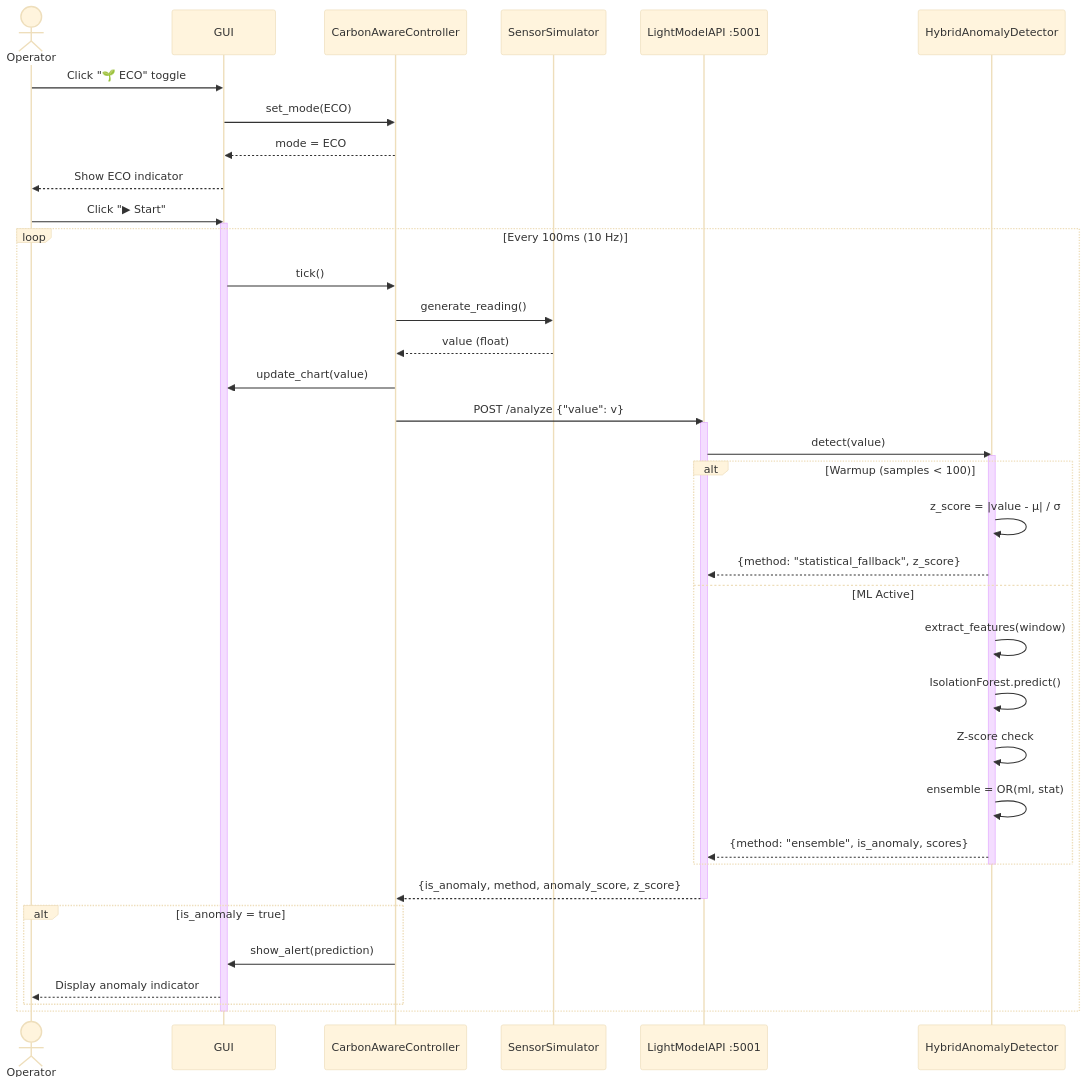
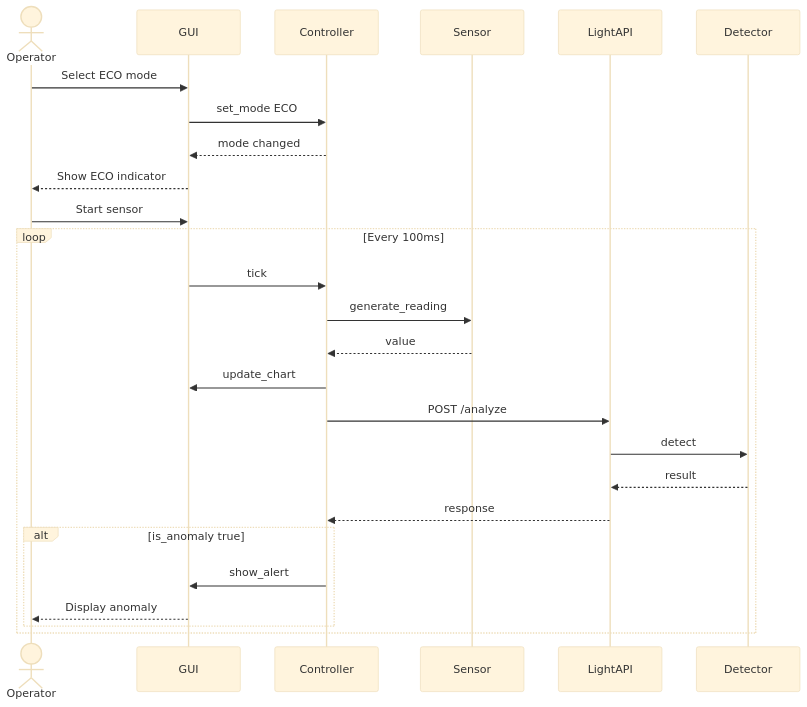
One commit to Taki224/AI-Architecture-and-Cloud-Computing-Final-Project changed the second of 5 diagrams in plans/sequence.md. Above: the diagram before and after it, drawn with Mermaid (base theme). The commit also changed other lines of this file and 3 other files, not shown here.

Commit message:
refactor: Update sequence diagrams for clarity and consistency

````diff
--- a/plans/sequence.md
+++ b/plans/sequence.md
@@ -39,50 +33,33 @@
 ```mermaid
 sequenceDiagram
     actor Operator
-    participant GUI as GUI
-    participant Controller as CarbonAwareController
-    participant Sensor as SensorSimulator
-    participant LightAPI as LightModelAPI :5001
-    participant Detector as HybridAnomalyDetector
+    participant GUI
+    participant Controller
+    participant Sensor
+    participant LightAPI
+    participant Detector
 
-    Operator->>GUI: Click "🌱 ECO" toggle
-    GUI->>Controller: set_mode(ECO)
-    Controller-->>GUI: mode = ECO
+    Operator->>GUI: Select ECO mode
+    GUI->>Controller: set_mode ECO
+    Controller-->>GUI: mode changed
     GUI-->>Operator: Show ECO indicator
 
-    Operator->>GUI: Click "▶ Start"
-    activate GUI
+    Operator->>GUI: Start sensor
     
-    loop Every 100ms (10 Hz)
-        GUI->>Controller: tick()
-        Controller->>Sensor: generate_reading()
-        Sensor-->>Controller: value (float)
-        Controller->>GUI: update_chart(value)
+    loop Every 100ms
+        GUI->>Controller: tick
+        Controller->>Sensor: generate_reading
+        Sensor-->>Controller: value
+        Controller->>GUI: update_chart
         
-        Controller->>LightAPI: POST /analyze {"value": v}
-        activate LightAPI
-        LightAPI->>Detector: detect(value)
-        activate Detector
+        Controller->>LightAPI: POST /analyze
+        LightAPI->>Detector: detect
+        Detector-->>LightAPI: result
+        LightAPI-->>Controller: response
         
-        alt Warmup (samples < 100)
-            Detector->>Detector: z_score = |value - μ| / σ
-            Detector-->>LightAPI: {method: "statistical_fallback", z_score}
-        else ML Active
-            Detector->>Detector: extract_features(window)
-            Detector->>Detector: IsolationForest.predict()
-            Detector->>Detector: Z-score check
-            Detector->>Detector: ensemble = OR(ml, stat)
-            Detector-->>LightAPI: {method: "ensemble", is_anomaly, scores}
-        end
-        deactivate Detector
-        
-        LightAPI-->>Controller: {is_anomaly, method, anomaly_score, z_score}
-        deactivate LightAPI
-        
-        alt is_anomaly = true
-            Controller->>GUI: show_alert(prediction)
-            GUI-->>Operator: Display anomaly indicator
+        alt is_anomaly true
+            Controller->>GUI: show_alert
+            GUI-->>Operator: Display anomaly
         end
     end
-    deactivate GUI
 ```
````
